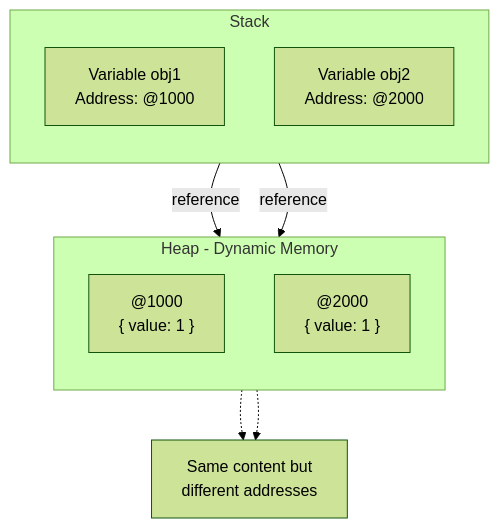
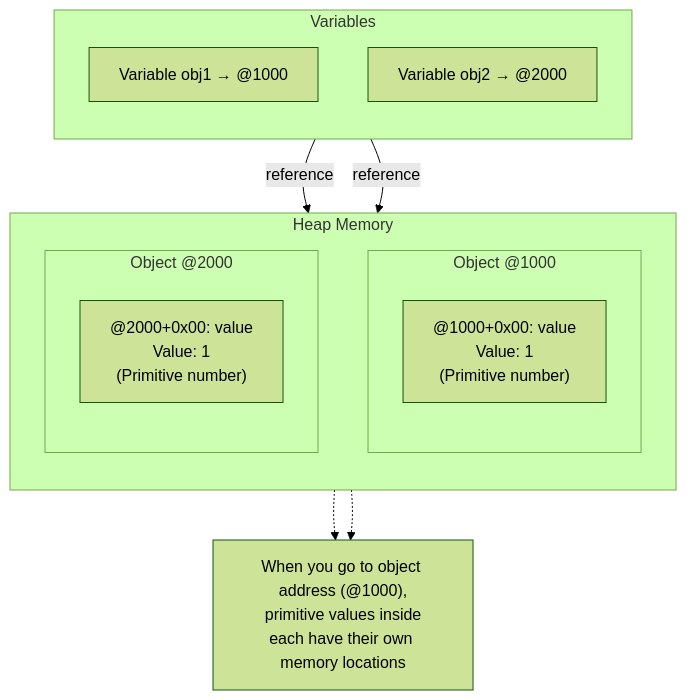
Before and after one commit to codefug/codefug.github.io: the second of 15 diagrams in markdown/2026-01-18/en/content.mdx, drawn with Mermaid (forest theme). The commit also changed other lines of this file and 1 other file, not shown here.

````diff
--- a/markdown/2026-01-18/en/content.mdx
+++ b/markdown/2026-01-18/en/content.mdx
@@ -63,22 +71,29 @@
 ```mermaid
 flowchart TB
-    subgraph Stack["Stack"]
+    subgraph Variables["Variables"]
         direction TB
-        V1["Variable obj1<br/>Address: @1000"]
-        V2["Variable obj2<br/>Address: @2000"]
+        V1["Variable obj1 → @1000"]
+        V2["Variable obj2 → @2000"]
     end
     
-    subgraph Heap["Heap - Dynamic Memory"]
+    subgraph Heap["Heap Memory"]
         direction TB
-        O1["@1000<br/>{ value: 1 }"]
-        O2["@2000<br/>{ value: 1 }"]
+        subgraph O1["Object @1000"]
+            direction TB
+            P1["@1000+0x00: value<br/>Value: 1<br/>(Primitive number)"]
+        end
+        
+        subgraph O2["Object @2000"]
+            direction TB
+            P2["@2000+0x00: value<br/>Value: 1<br/>(Primitive number)"]
+        end
     end
     
     V1 -->|"reference"| O1
     V2 -->|"reference"| O2
     
-    Note1["Same content but<br/>different addresses"]
+    Note1["When you go to object address (@1000),<br/>primitive values inside<br/>each have their own memory locations"]
     
     O1 -.-> Note1
     O2 -.-> Note1
 ```
````
